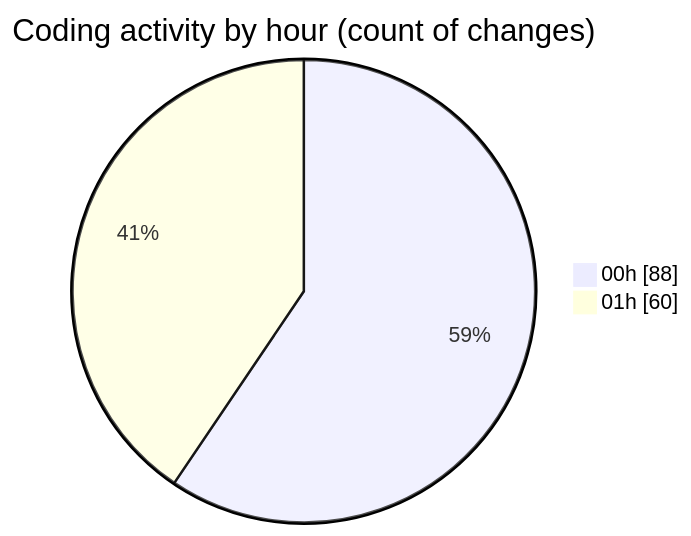
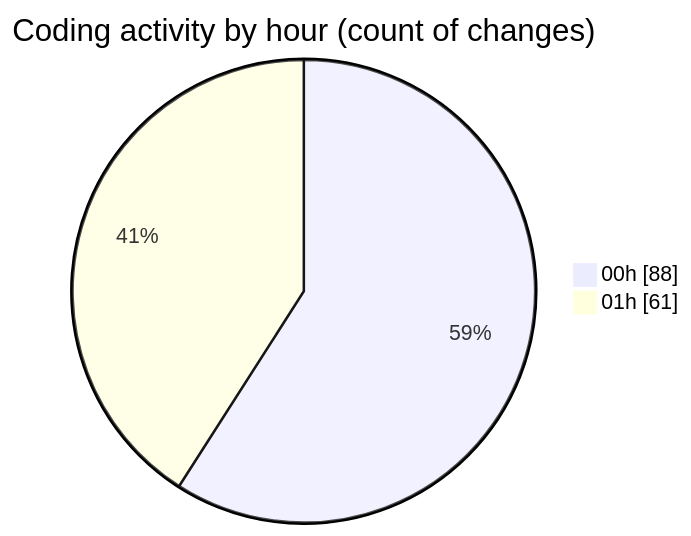
One commit to lephambinh05/code-tracking changed the second of 2 diagrams in 2025-08-16/rentotp/README.md. Above: the diagram before and after it, drawn with Mermaid. The commit also changed other lines of this file and 1 other file, not shown here.

````diff
--- a/2025-08-16/rentotp/README.md
+++ b/2025-08-16/rentotp/README.md
@@ -48,6 +48,6 @@
 ```mermaid
 pie showData
 title Coding activity by hour (count of changes)
 "00h" : 88
-"01h" : 60
+"01h" : 61
 ```
````
